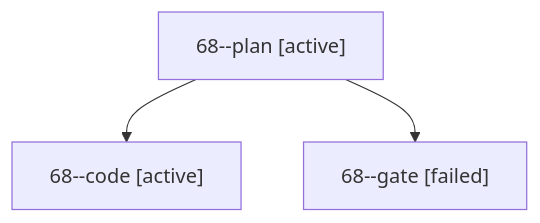
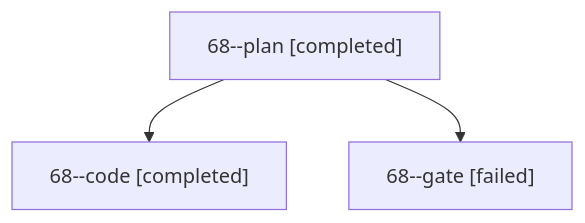
Before and after one commit to bobs-org/bob-cli--agents: the diagram in sessions/bbugyi200.apollo.68.md, drawn with Mermaid. The commit also changed other lines of this file and 90 other files, not shown here.

````diff
--- a/sessions/bbugyi200.apollo.68.md
+++ b/sessions/bbugyi200.apollo.68.md
@@ -9,8 +9,8 @@
 ```mermaid
 flowchart TD
-  n0["68--plan [active]"]
-  n1["68--code [active]"]
+  n0["68--plan [completed]"]
+  n1["68--code [completed]"]
   n0 --> n1
   n2["68--gate [failed]"]
   n0 --> n2
 ```
````
